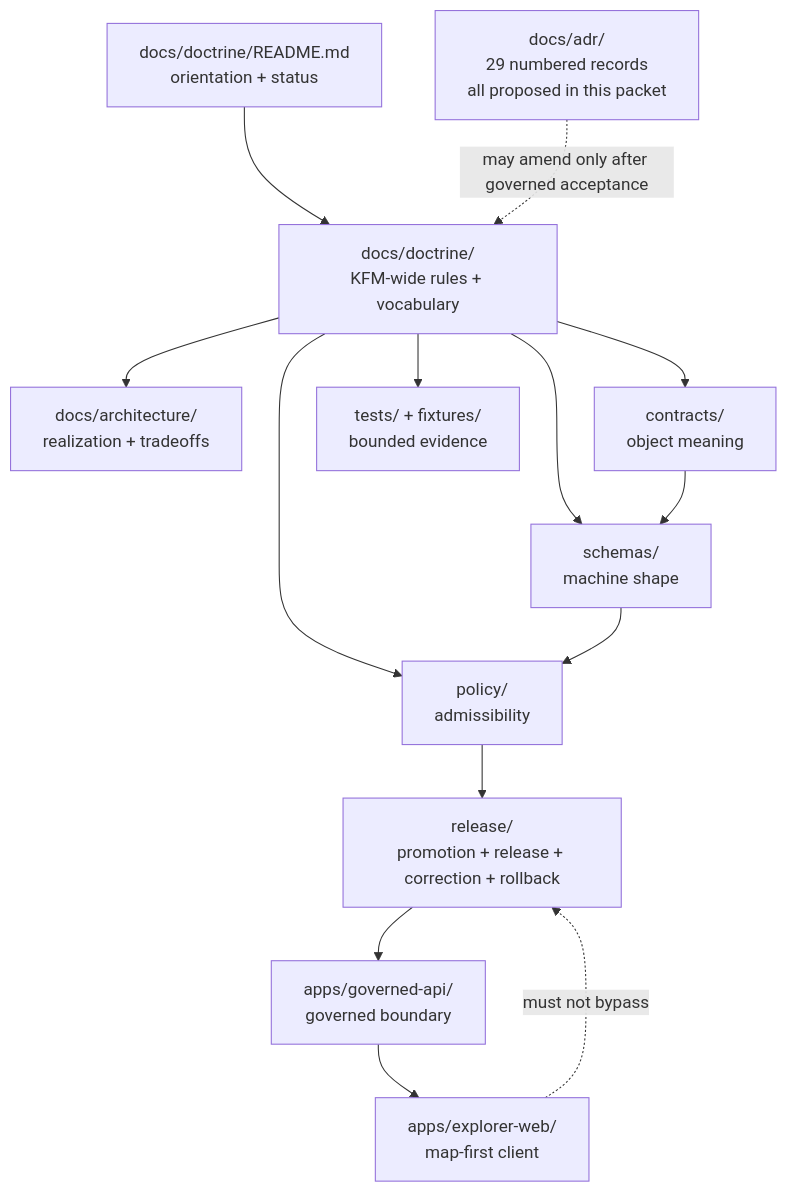
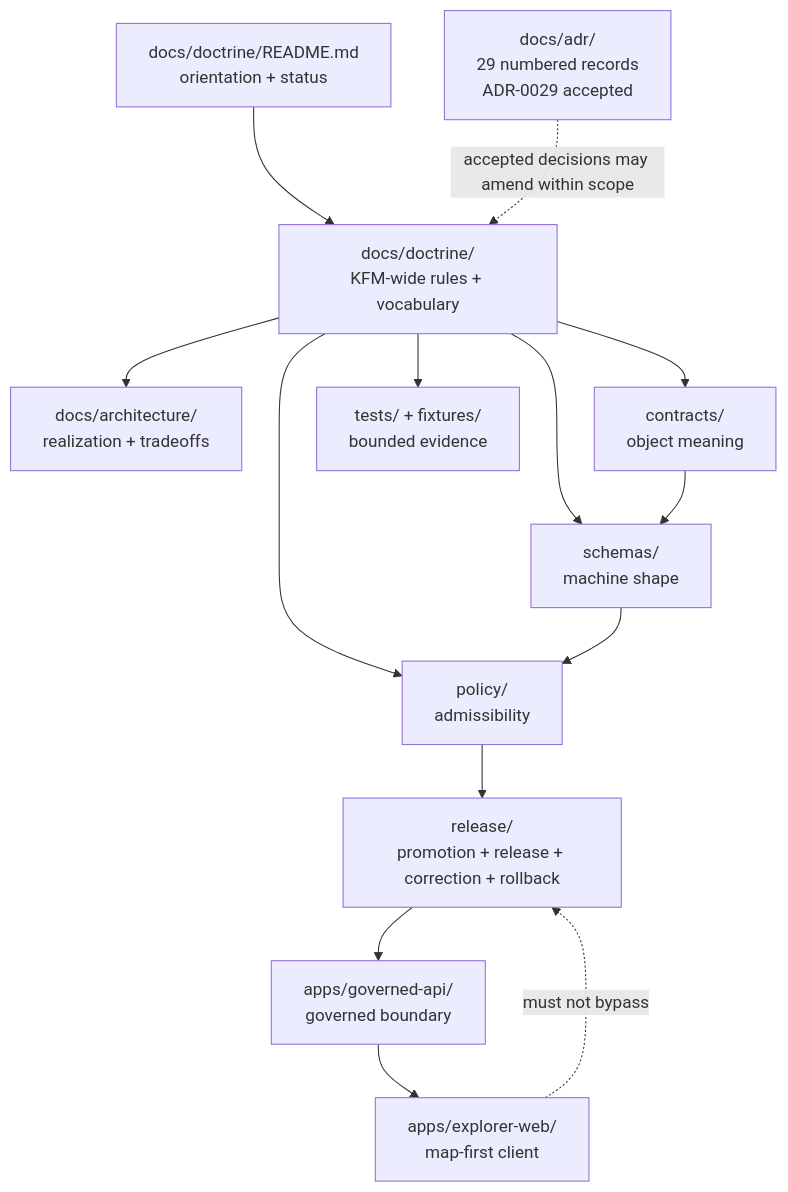
The diagram in docs/doctrine/README.md (bartytime4life/Kansas-Frontier-Matrix), drawn with Mermaid before and after one commit. The commit also changed other lines of this file, not shown here.

Commit message:
docs(doctrine): surface adopted Directory Rules v2

````diff
--- a/docs/doctrine/README.md
+++ b/docs/doctrine/README.md
@@ -287,16 +290,16 @@
 ```mermaid
 flowchart TD
     README["docs/doctrine/README.md<br/>orientation + status"] --> DOCTRINE["docs/doctrine/<br/>KFM-wide rules + vocabulary"]
-    ADR["docs/adr/<br/>29 numbered records<br/>all proposed in this packet"] -. "may amend only after governed acceptance" .-> DOCTRINE
+    ADR["docs/adr/<br/>29 numbered records<br/>ADR-0029 accepted"] -. "accepted decisions may amend within scope" .-> DOCTRINE
     DOCTRINE --> ARCH["docs/architecture/<br/>realization + tradeoffs"]
     DOCTRINE --> CONTRACTS["contracts/<br/>object meaning"]
     DOCTRINE --> SCHEMAS["schemas/<br/>machine shape"]
     DOCTRINE --> POLICY["policy/<br/>admissibility"]
     DOCTRINE --> TESTS["tests/ + fixtures/<br/>bounded evidence"]
     CONTRACTS --> SCHEMAS
     SCHEMAS --> POLICY
     POLICY --> RELEASE["release/<br/>promotion + release + correction + rollback"]
     RELEASE --> API["apps/governed-api/<br/>governed boundary"]
     API --> UI["apps/explorer-web/<br/>map-first client"]
     UI -. "must not bypass" .-> RELEASE
 ```
````
